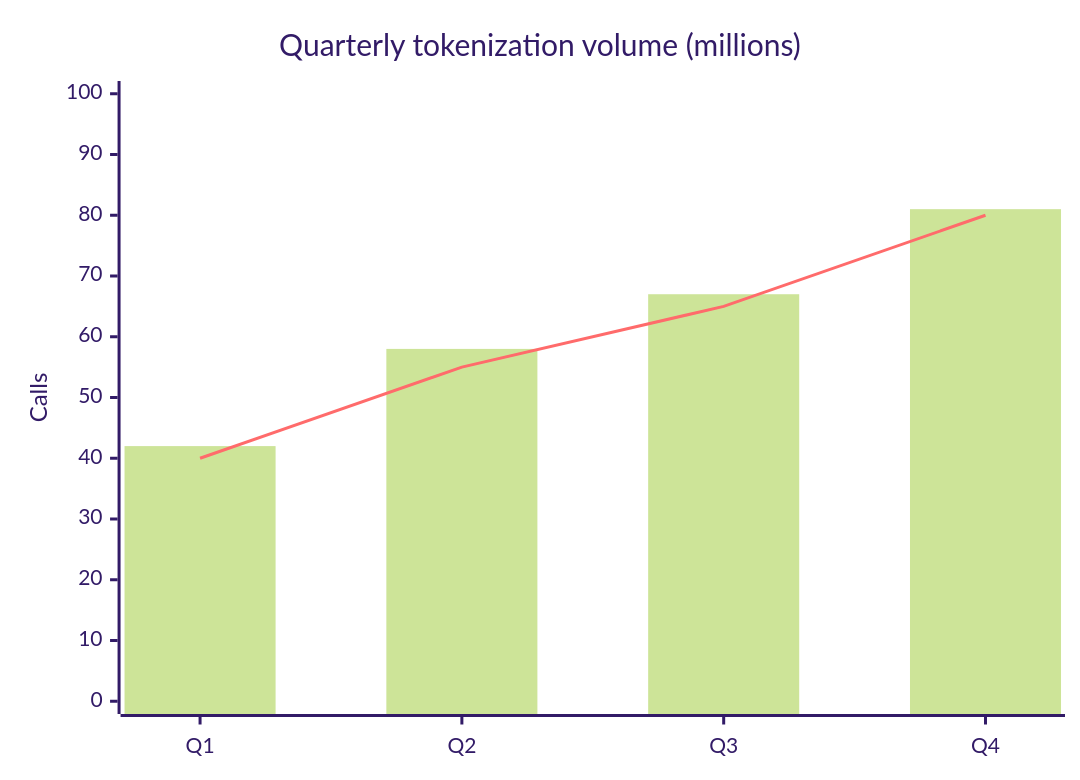
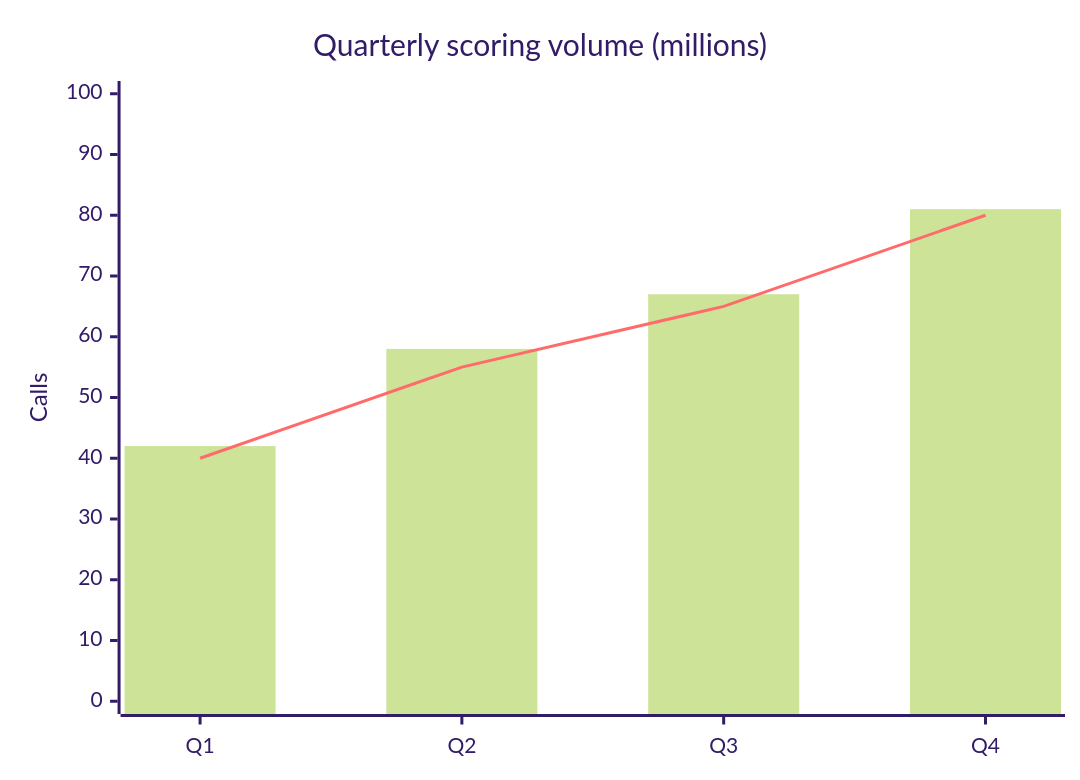
Diagram 16 of 25 in lib/components/diagram/diagram/diagram.gallery.md (SlideWright/lattice), drawn with Mermaid (forest theme) before and after one commit. The commit also changed other lines of this file and 4 other files, not shown here.

First line of the commit message:
content: re-theme the diagram + baseline showcase decks off codebook

````diff
--- a/lib/components/diagram/diagram/diagram.gallery.md
+++ b/lib/components/diagram/diagram/diagram.gallery.md
@@ -508,8 +508,8 @@
 ```mermaid
 xychart-beta
-    title "Quarterly tokenization volume (millions)"
+    title "Quarterly scoring volume (millions)"
     x-axis [Q1, Q2, Q3, Q4]
     y-axis "Calls" 0 --> 100
     bar [42, 58, 67, 81]
     line [40, 55, 65, 80]
 ```
````
